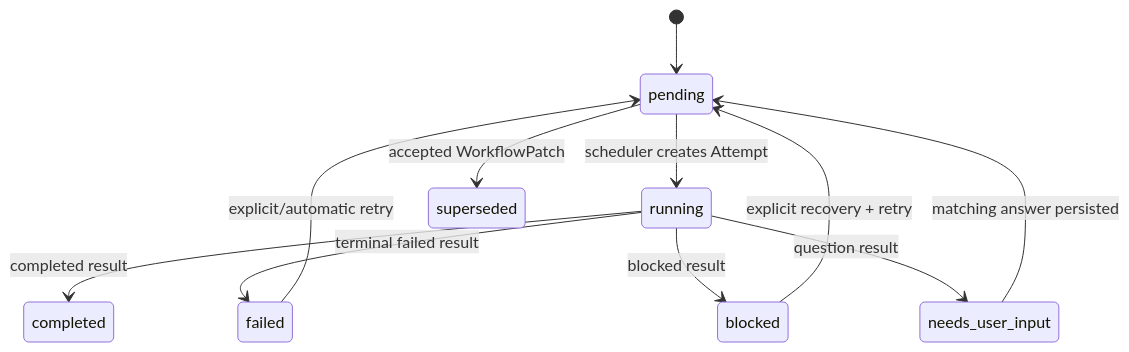
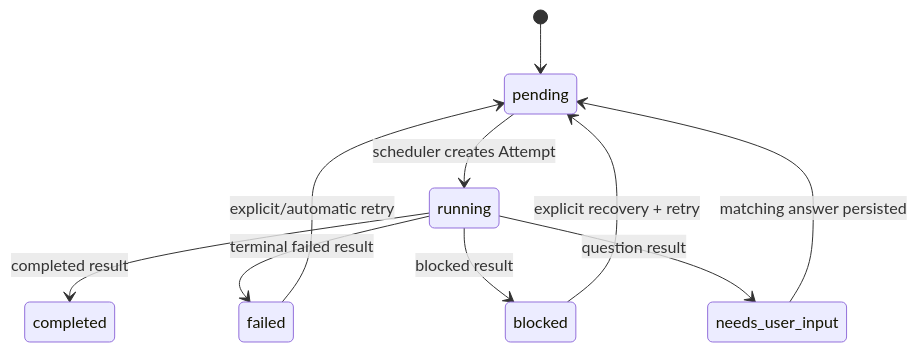
One commit to ylc123456789/ResAgent2 changed the third of 4 diagrams in docs/ARCHITECTURE.md. Above: the diagram before and after it, drawn with Mermaid. The commit also changed 5 other files, not shown here.

````diff
--- a/docs/ARCHITECTURE.md
+++ b/docs/ARCHITECTURE.md
@@ -337,13 +337,12 @@
 ```mermaid
 stateDiagram-v2
     [*] --> pending
     pending --> running: scheduler creates Attempt
-    pending --> superseded: accepted WorkflowPatch
     running --> completed: completed result
     running --> failed: terminal failed result
     running --> blocked: blocked result
     running --> needs_user_input: question result
     failed --> pending: explicit/automatic retry
     blocked --> pending: explicit recovery + retry
     needs_user_input --> pending: matching answer persisted
 ```
````
